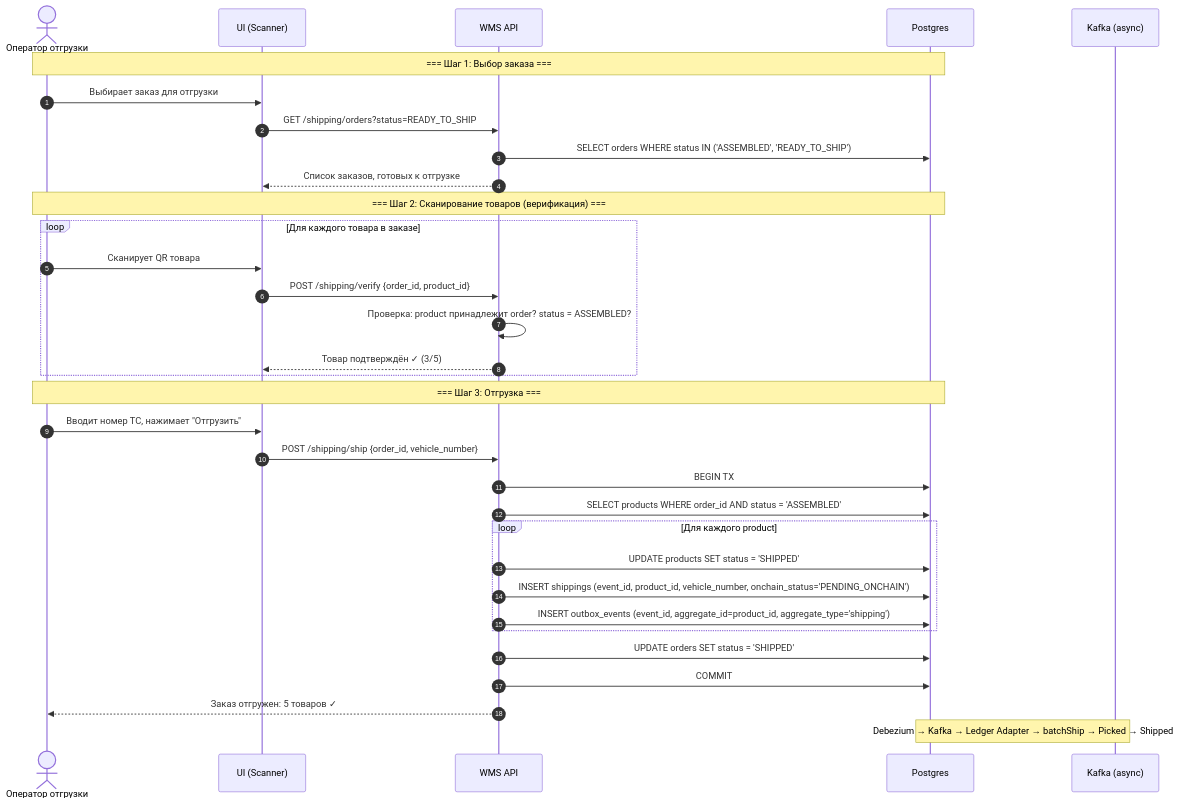
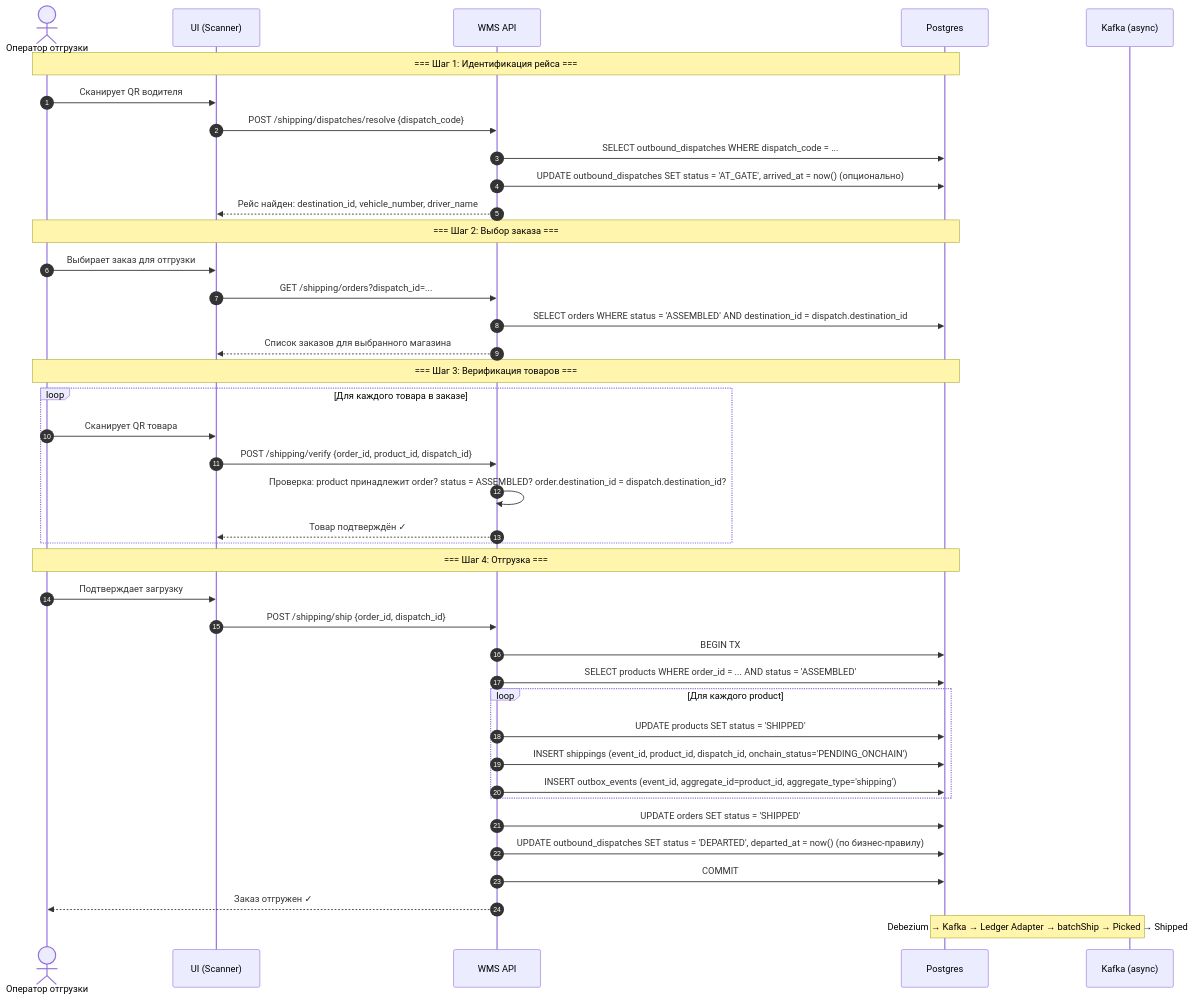
Before and after one commit to oglenyaboss/avalanche-wms: the first of 4 diagrams in docs/flows/shipping-flow.md, drawn with Mermaid. The commit also changed other lines of this file and 4 other files, not shown here.

````diff
--- a/docs/flows/shipping-flow.md
+++ b/docs/flows/shipping-flow.md
@@ -11,42 +16,49 @@
 ```mermaid
 sequenceDiagram
     autonumber
     actor Op as Оператор отгрузки
     participant UI as UI (Scanner)
     participant WMS as WMS API
     participant PG as Postgres
     participant KF as Kafka (async)
 
-    Note over Op,PG: === Шаг 1: Выбор заказа ===
+    Note over Op,PG: === Шаг 1: Идентификация рейса ===
+    Op->>UI: Сканирует QR водителя
+    UI->>WMS: POST /shipping/dispatches/resolve {dispatch_code}
+    WMS->>PG: SELECT outbound_dispatches WHERE dispatch_code = ...
+    WMS->>PG: UPDATE outbound_dispatches SET status = 'AT_GATE', arrived_at = now() (опционально)
+    WMS-->>UI: Рейс найден: destination_id, vehicle_number, driver_name
+
+    Note over Op,PG: === Шаг 2: Выбор заказа ===
     Op->>UI: Выбирает заказ для отгрузки
-    UI->>WMS: GET /shipping/orders?status=READY_TO_SHIP
-    WMS->>PG: SELECT orders WHERE status IN ('ASSEMBLED', 'READY_TO_SHIP')
-    WMS-->>UI: Список заказов, готовых к отгрузке
+    UI->>WMS: GET /shipping/orders?dispatch_id=...
+    WMS->>PG: SELECT orders WHERE status = 'ASSEMBLED' AND destination_id = dispatch.destination_id
+    WMS-->>UI: Список заказов для выбранного магазина
 
-    Note over Op,PG: === Шаг 2: Сканирование товаров (верификация) ===
+    Note over Op,PG: === Шаг 3: Верификация товаров ===
     loop Для каждого товара в заказе
         Op->>UI: Сканирует QR товара
-        UI->>WMS: POST /shipping/verify {order_id, product_id}
-        WMS->>WMS: Проверка: product принадлежит order? status = ASSEMBLED?
-        WMS-->>UI: Товар подтверждён ✓ (3/5)
+        UI->>WMS: POST /shipping/verify {order_id, product_id, dispatch_id}
+        WMS->>WMS: Проверка: product принадлежит order? status = ASSEMBLED? order.destination_id = dispatch.destination_id?
+        WMS-->>UI: Товар подтверждён ✓
     end
 
-    Note over Op,PG: === Шаг 3: Отгрузка ===
-    Op->>UI: Вводит номер ТС, нажимает "Отгрузить"
-    UI->>WMS: POST /shipping/ship {order_id, vehicle_number}
+    Note over Op,PG: === Шаг 4: Отгрузка ===
+    Op->>UI: Подтверждает загрузку
+    UI->>WMS: POST /shipping/ship {order_id, dispatch_id}
     WMS->>PG: BEGIN TX
-
-    WMS->>PG: SELECT products WHERE order_id AND status = 'ASSEMBLED'
+    WMS->>PG: SELECT products WHERE order_id = ... AND status = 'ASSEMBLED'
 
     loop Для каждого product
         WMS->>PG: UPDATE products SET status = 'SHIPPED'
-        WMS->>PG: INSERT shippings (event_id, product_id, vehicle_number, onchain_status='PENDING_ONCHAIN')
+        WMS->>PG: INSERT shippings (event_id, product_id, dispatch_id, onchain_status='PENDING_ONCHAIN')
         WMS->>PG: INSERT outbox_events (event_id, aggregate_id=product_id, aggregate_type='shipping')
     end
 
     WMS->>PG: UPDATE orders SET status = 'SHIPPED'
+    WMS->>PG: UPDATE outbound_dispatches SET status = 'DEPARTED', departed_at = now() (по бизнес-правилу)
     WMS->>PG: COMMIT
-    WMS-->>Op: Заказ отгружен: 5 товаров ✓
+    WMS-->>Op: Заказ отгружен ✓
 
     Note over PG,KF: Debezium → Kafka → Ledger Adapter → batchShip → Picked → Shipped
 ```
````
